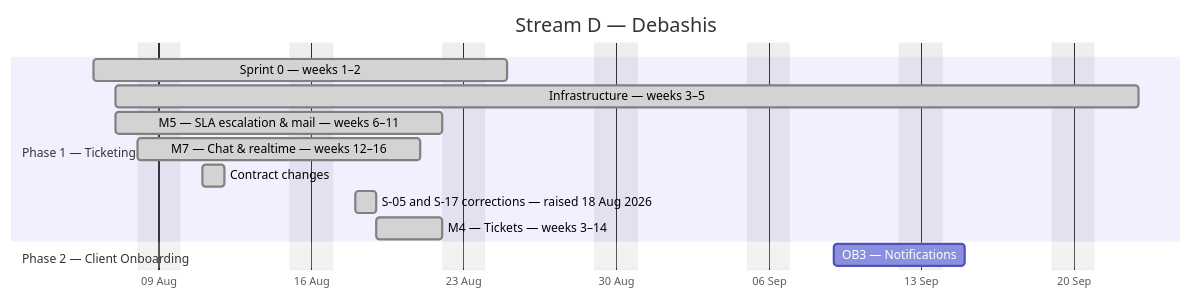
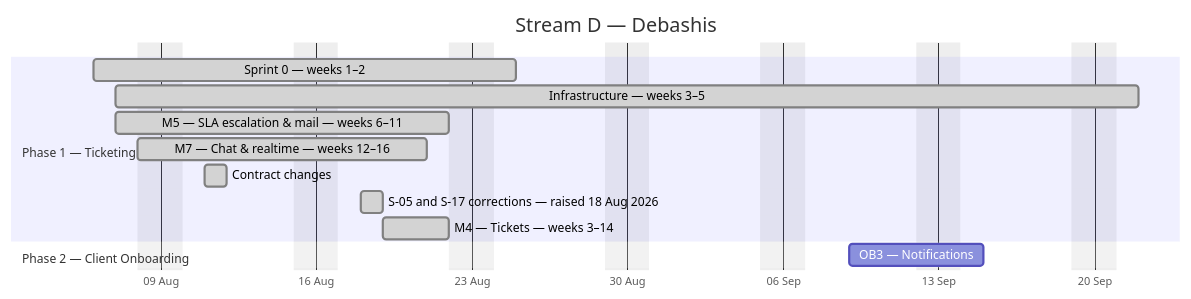
One commit to debashisedunext/EduTrack changed the fourth of 4 diagrams in docs/plan/GANTT.md. Above: the diagram before and after it, drawn with Mermaid. The commit also changed other lines of this file and 3 other files, not shown here.

````diff
--- a/docs/plan/GANTT.md
+++ b/docs/plan/GANTT.md
@@ -179,17 +176,17 @@
 ```mermaid
 gantt
     dateFormat YYYY-MM-DD
     axisFormat %d %b
     title Stream D — Debashis
     excludes weekends
     section Phase 1 — Ticketing
     Sprint 0 — weeks 1–2 :done, d0, 2026-08-06, 13d
-    Infrastructure — weeks 3–5 :done, d1, 2026-08-07, 33d
+    Infrastructure — weeks 3–5 :done, d1, 2026-08-07, 32d
     M5 — SLA  escalation & mail — weeks 6–11 :done, d2, 2026-08-07, 11d
     M7 — Chat & realtime — weeks 12–16 :done, d3, 2026-08-08, 10d
     Contract changes :done, d4, 2026-08-11, 1d
     S-05 and S-17 corrections — raised 18 Aug 2026 :done, d5, 2026-08-18, 1d
     M4 — Tickets — weeks 3–14 :done, d6, 2026-08-19, 3d
     section Phase 2 — Client Onboarding
     OB3 — Notifications :d7, 2026-09-09, 4d
 ```
````
